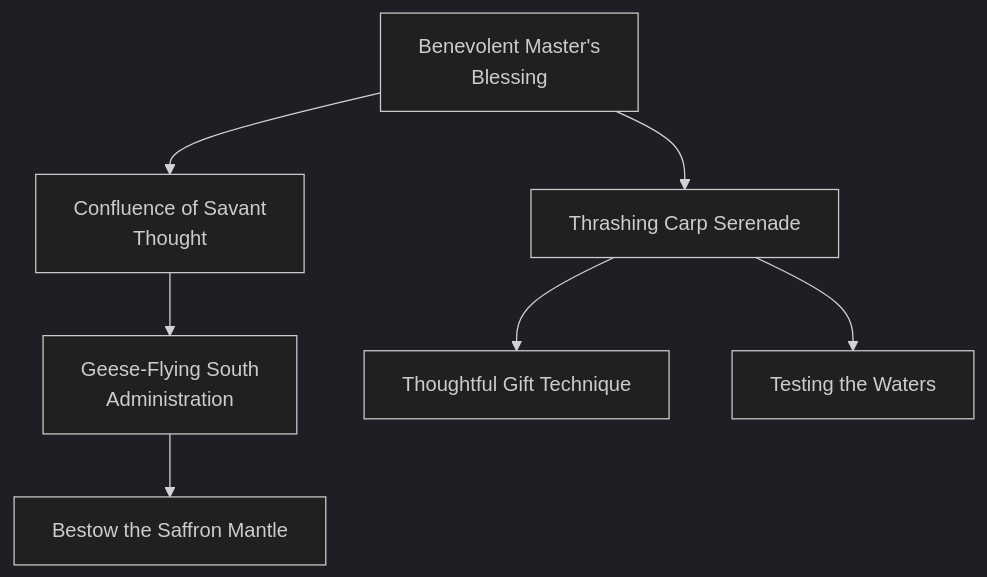
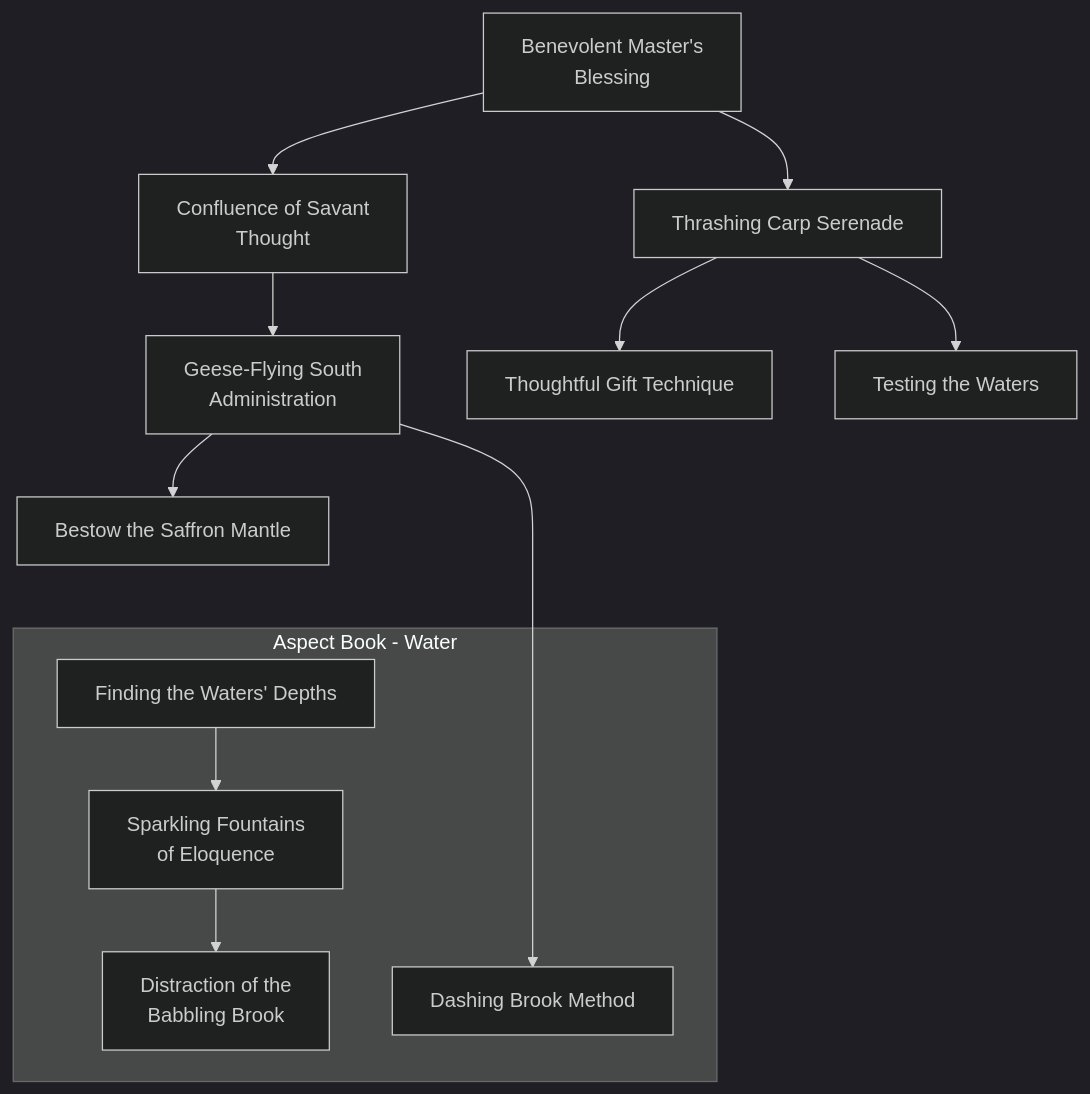
The diagram in docs/mermaid/dragon_blooded/water_bureaucracy_1.mmd (jrobichaud/exalted-charms-1e), drawn with Mermaid before and after one commit. The commit also changed 5 other files, not shown here.

Commit message:
Aspect book water

```diff
--- a/docs/mermaid/dragon_blooded/water_bureaucracy_1.mmd
+++ b/docs/mermaid/dragon_blooded/water_bureaucracy_1.mmd
@@ -197,3 +197,117 @@
         Note that this Charm can only be used on groups of seven
         or more; it simply fails if used on a smaller group.
         "
+
+    subgraph Aspect Book - Water
+        finding_the_waters_depths[Finding the Waters' Depths]
+        click finding_the_waters_depths callback "
+            Finding the Waters' Depths<br>
+            <br>
+            Cost: 2 motes<br>
+            Duration: Instant<br>
+            Type: Simple<br>
+            Minimum Bureaucracy: 3<br>
+            Minimum Essence: 2<br>
+            Prerequisite Charms: None<br>
+            <br>
+            The Dragon-Blooded of the Realm frequently buy and
+            sell goods and negotiate agreements much like ordinary
+            mortals. Since most deals are accomplished through elaborate haggling, this Charm is invaluable. It instantly allows the
+            character to know if the person she is bargaining with has
+            reached the limit of the price she is willing to pay or the
+            general degree of concessions she is willing to make. In
+            addition, the Charm allows the character's player to make a
+            roll to determine if the target is approaching the limit she is
+            willing to spend or agree to or if this limit is far beyond what
+            the character is currently asking. A single success on a Wits
+            + Bureaucracy roll allows the character to know if the current
+            offer is half or more of her target's maximum or minimum
+            offer, two successes allows the character to determine her
+            target's limit within 10 percent, and three or more successes
+            allows the character to exactly determine the target's limit.
+            "
+
+        sparkling_fountains_of_eloquence[Sparkling Fountains<br>of Eloquence]
+        click sparkling_fountains_of_eloquence callback "
+            Sparkling Fountains of Eloquence<br>
+            <br>
+            Cost: 1 mote per two dice<br>
+            Duration: Instant<br>
+            Type: Simple<br>
+            Minimum Bureaucracy: 3<br>
+            Minimum Essence: 2<br>
+            Prerequisite Charms: Finding the Waters' Depths<br>
+            <br>
+            This Charm lends special timbre and eloquence the
+            character's voice for the purpose of convincing someone to
+            buy an item or to agree to a deal. So long as the roll is being
+            made for one of these two purposes, the character can
+            improve her Bureaucracy dice pool by two dice for every
+            mote of Essence spent. The character cannot more than
+            double her Bureaucracy Trait with this Charm, and she
+            must pay the full motes of Essence even if she can only raise
+            the Trait by a single die.
+            "
+
+        distraction_of_the_babbling_brook[Distraction of the<br>Babbling Brook]
+        click distraction_of_the_babbling_brook callback "
+            Distraction of the Babbling Brook<br>
+            <br>
+            Cost: 4 motes, 1 Willpower<br>
+            Duration: Instant<br>
+            Type: Simple<br>
+            Minimum Bureaucracy: 4<br>
+            Minimum Essence: 2<br>
+            Prerequisite Charms: Sparkling Fountains of Eloquence<br>
+            <br>
+            The Dynasts of the Realm must regularly engage in
+            trickery to preserve their ancient empire. One of the keys to
+            such trickery is convincing someone to agree to a deal without
+            looking too closely at the fine print. This Charm increases the
+            difficulty for a character to discover hidden traps in a contact
+            or to be able to locate hidden defects in merchandize the
+            character is offering for sale. In all cases, the tricks or traps
+            must be reasonably subtle. This Charm will not cause someone to sign a contract to sell themselves instantly into slavery
+            when they think they are signing a contract to purchase a
+            villa, nor will it cause a character to overlook the fact that the
+            horse she is buying only has three legs.<br>
+            However, if noticing a problem would require a roll, this
+            Charm adds 1 to the difficulty of the Wits + Bureaucracy roll
+            needed to discover the problem. This Charm has no effect on the
+            Intelligence + Bureaucracy roll the character's player can use to
+            attempt to further conceal such problems. As a result, the
+            most subtle of the hidden problems become almost impossible
+            to find, while problems that are more obvious are simply
+            slightly less easy to spot. This Charm only works on a single
+            target. If several people are examining the item or contract,
+            then the character must use it on each of them separately.
+            Also, the target must be examining the item or contract while
+            the character is present for the character to use this Charm.
+            "
+        dashing_brook_method[Dashing Brook Method]
+        click dashing_brook_method callback "
+            Dashing Brook Method<br>
+            <br>
+            Cost: 4 motes, 1 Willpower<br>
+            Duration: One task<br>
+            Type: Simple<br>
+            Minimum Bureaucracy: 5<br>
+            Minimum Essence: 3<br>
+            Prerequisite Charms: Geese-Flying-South Administration<br>
+            <br>
+            Regardless of whether they are working for or against a
+            character, large bureaucracies almost always move quite
+            slowly. This Charm does nothing to sway the outcome of a
+            petition or to dictate the success of an edict, but it will cause
+            any single request to be processed at the maximum possible
+            speed. Reduce the time needed by 10 percent for every
+            success, to a minimum of 10 percent of the unmodified time.
+            In the most extreme cases, a petition that would normally
+            take several days to be resolved requires only a few hours.
+            "
+
+    end
+
+    finding_the_waters_depths --> sparkling_fountains_of_eloquence
+    sparkling_fountains_of_eloquence --> distraction_of_the_babbling_brook
+    geese_flying_south_administration -----> dashing_brook_method
```
